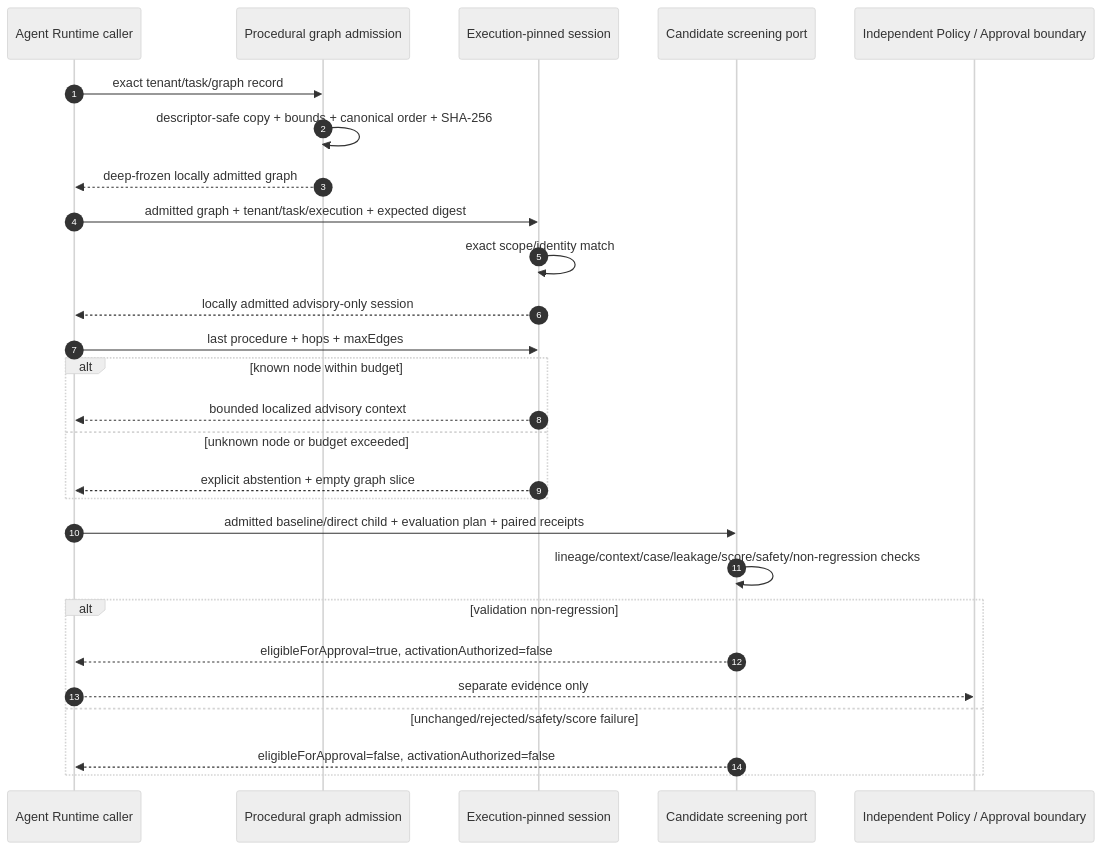
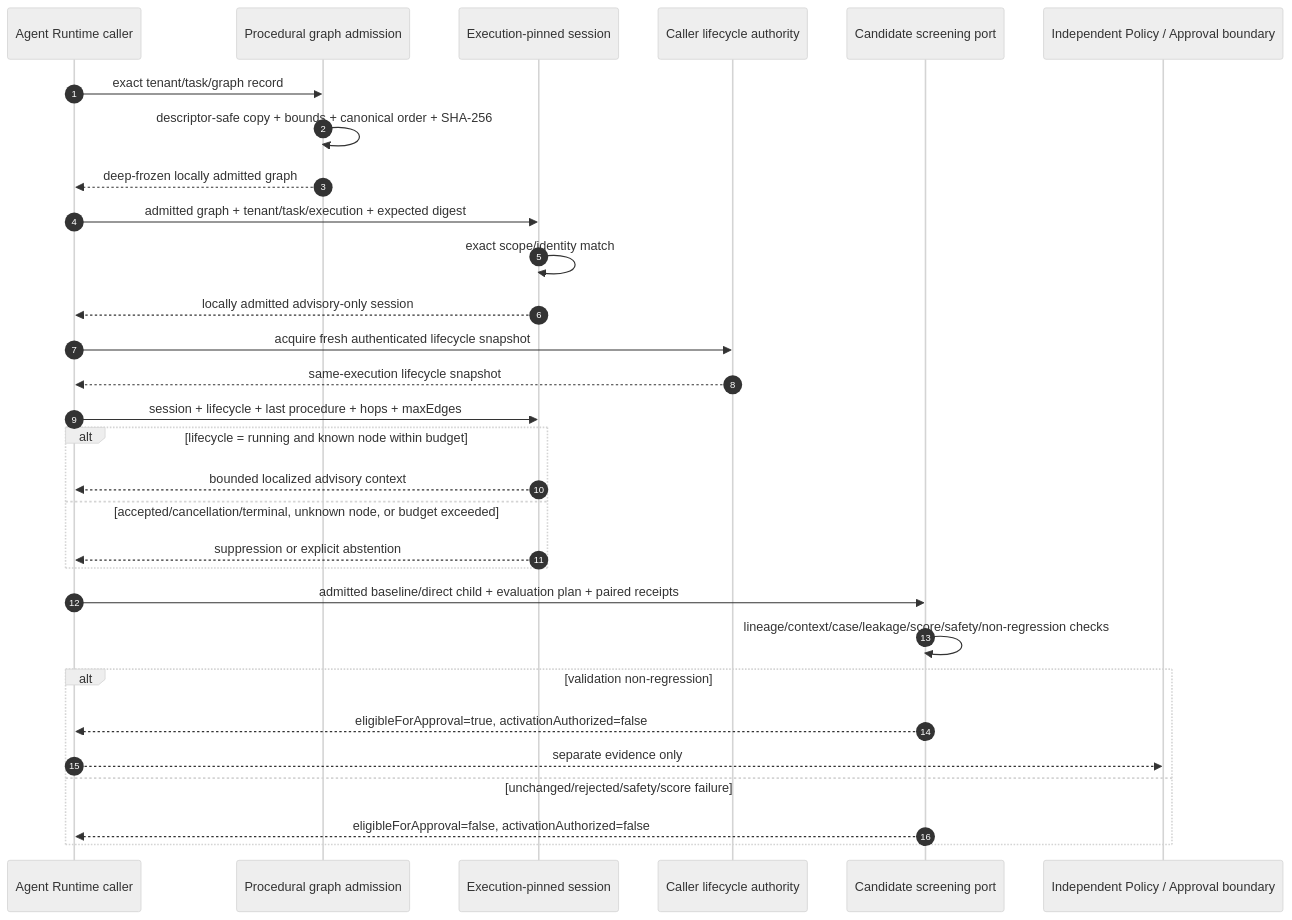
Before and after one commit to ContextualWisdomLab/noema: the fourth of 7 diagrams in docs/UML.md, drawn with Mermaid (neutral theme). The commit also changed other lines of this file, not shown here.

Commit message:
docs(agent-runtime): converge procedural UML authority

````diff
--- a/docs/UML.md
+++ b/docs/UML.md
@@ -163,31 +164,34 @@
 ```mermaid
 sequenceDiagram
   autonumber
   participant Caller as Agent Runtime caller
   participant Admit as Procedural graph admission
   participant Session as Execution-pinned session
+  participant Lifecycle as Caller lifecycle authority
   participant Screen as Candidate screening port
   participant Approval as Independent Policy / Approval boundary
 
   Caller->>Admit: exact tenant/task/graph record
   Admit->>Admit: descriptor-safe copy + bounds + canonical order + SHA-256
   Admit-->>Caller: deep-frozen locally admitted graph
   Caller->>Session: admitted graph + tenant/task/execution + expected digest
   Session->>Session: exact scope/identity match
   Session-->>Caller: locally admitted advisory-only session
-  Caller->>Session: last procedure + hops + maxEdges
-  alt known node within budget
+  Caller->>Lifecycle: acquire fresh authenticated lifecycle snapshot
+  Lifecycle-->>Caller: same-execution lifecycle snapshot
+  Caller->>Session: session + lifecycle + last procedure + hops + maxEdges
+  alt lifecycle = running and known node within budget
     Session-->>Caller: bounded localized advisory context
-  else unknown node or budget exceeded
-    Session-->>Caller: explicit abstention + empty graph slice
+  else accepted/cancellation/terminal, unknown node, or budget exceeded
+    Session-->>Caller: suppression or explicit abstention
   end
 
   Caller->>Screen: admitted baseline/direct child + evaluation plan + paired receipts
   Screen->>Screen: lineage/context/case/leakage/score/safety/non-regression checks
   alt validation non-regression
     Screen-->>Caller: eligibleForApproval=true, activationAuthorized=false
     Caller-->>Approval: separate evidence only
   else unchanged/rejected/safety/score failure
     Screen-->>Caller: eligibleForApproval=false, activationAuthorized=false
   end
 ```
````
